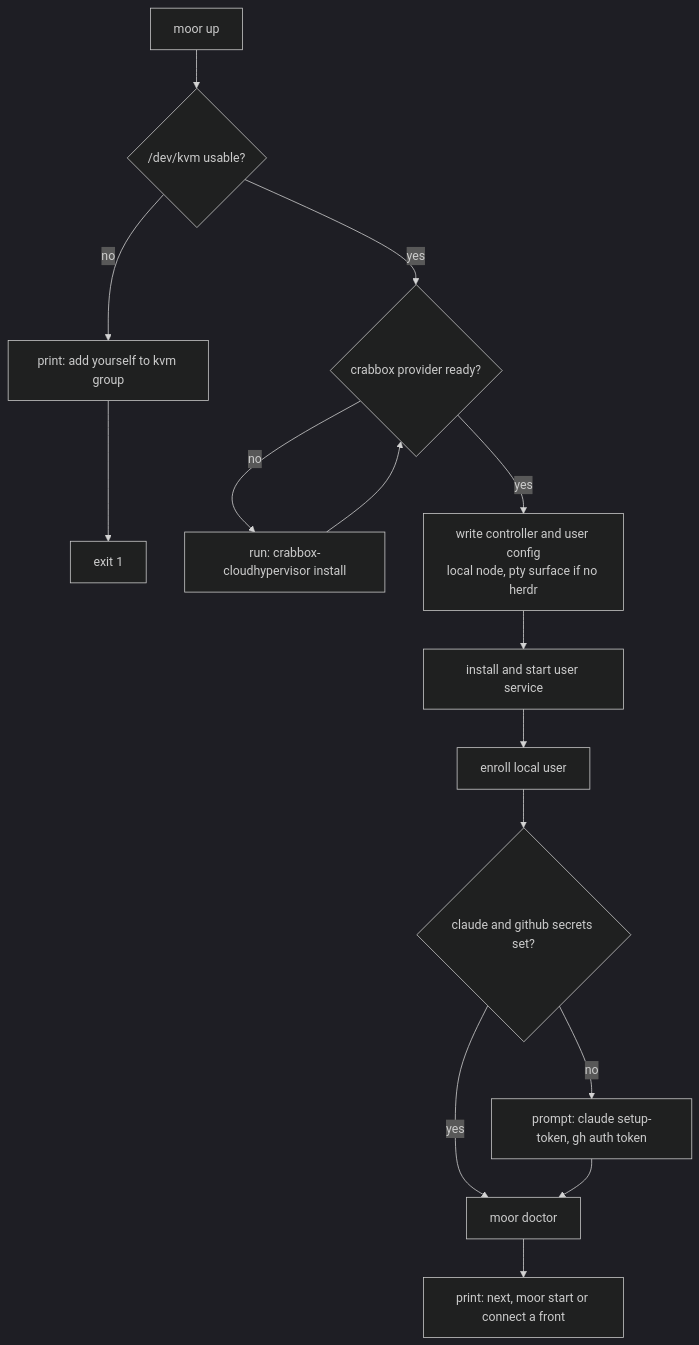
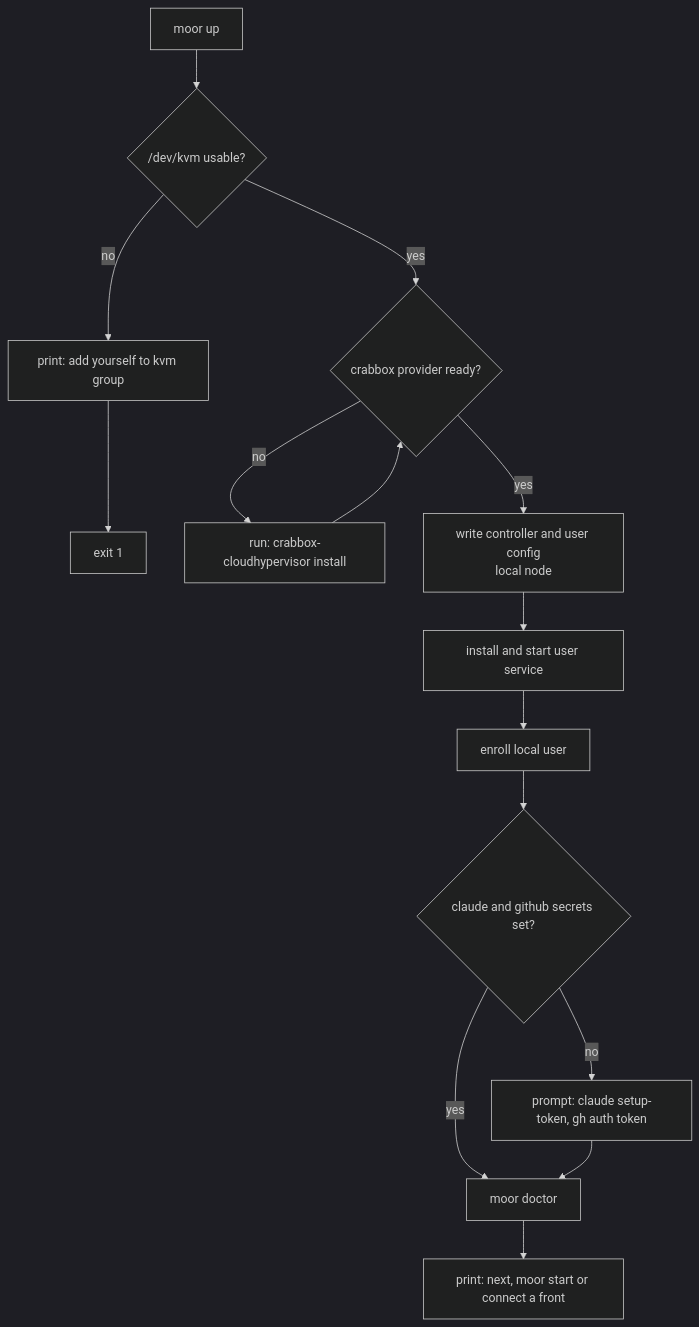
The first of 3 diagrams in docs/specs/onboarding-ux.md (IniZio/moor), drawn with Mermaid (dark theme) before and after one commit. The commit also changed other lines of this file, not shown here.

Commit message:
docs(specs): keep one surface and one holder

````diff
--- a/docs/specs/onboarding-ux.md
+++ b/docs/specs/onboarding-ux.md
@@ -26,15 +26,16 @@
 ```mermaid
 flowchart TD
 	A[moor up] --> B{/dev/kvm usable?}
 	B -- no --> B1[print: add yourself to kvm group] --> X[exit 1]
 	B -- yes --> C{crabbox provider ready?}
 	C -- no --> C1[run: crabbox-cloudhypervisor install] --> C
-	C -- yes --> D[write controller and user config<br/>local node, pty surface if no herdr]
+	C -- yes --> D[write controller and user config<br/>local node]
 	D --> E[install and start user service]
+	%% pty is the only surface, so no terminal tool to install
 	E --> F[enroll local user]
 	F --> G{claude and github secrets set?}
 	G -- no --> G1[prompt: claude setup-token, gh auth token]
 	G -- yes --> H[moor doctor]
 	G1 --> H
 	H --> I[print: next, moor start or connect a front]
 ```
````
